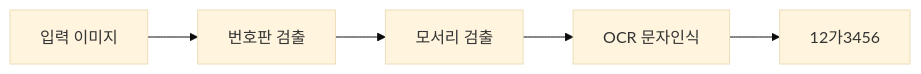
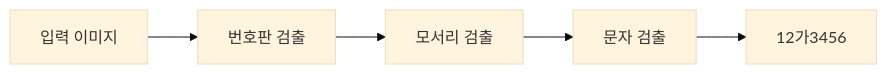
One commit to sauce-git/korean-license-plate-detector changed the diagram in README.md. Above: the diagram before and after it, drawn with Mermaid (base theme). The commit also changed other lines of this file, not shown here.

````diff
--- a/README.md
+++ b/README.md
@@ -15,7 +15,7 @@
 ```mermaid
 flowchart LR
     A[입력 이미지] --> B[번호판 검출]
     B --> C[모서리 검출]
-    C --> D[OCR 문자인식]
+    C --> D[문자 검출]
     D --> E[12가3456]
 ```
````
